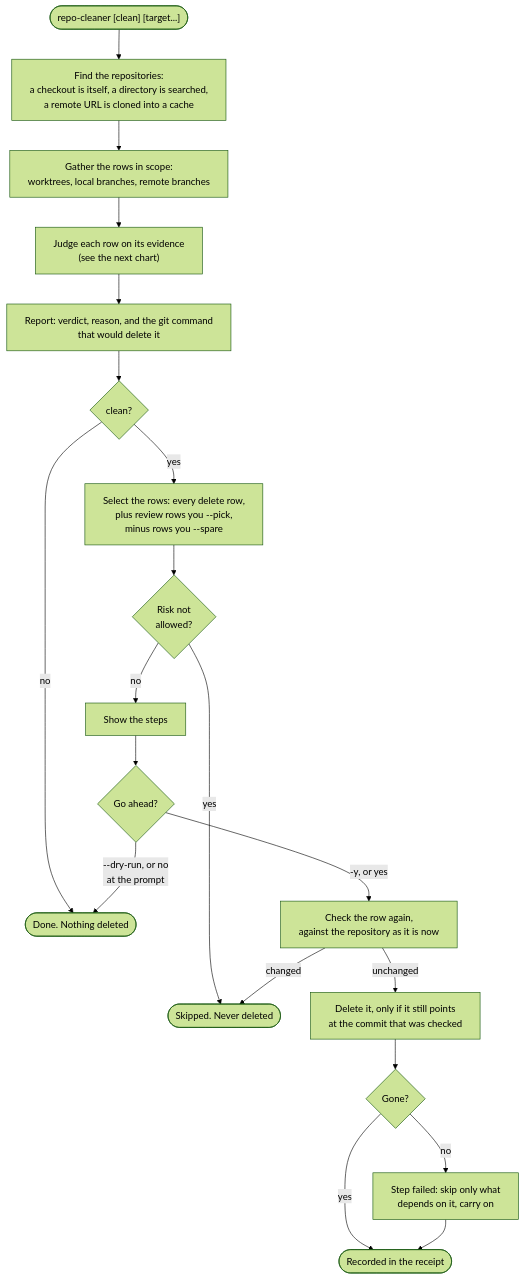
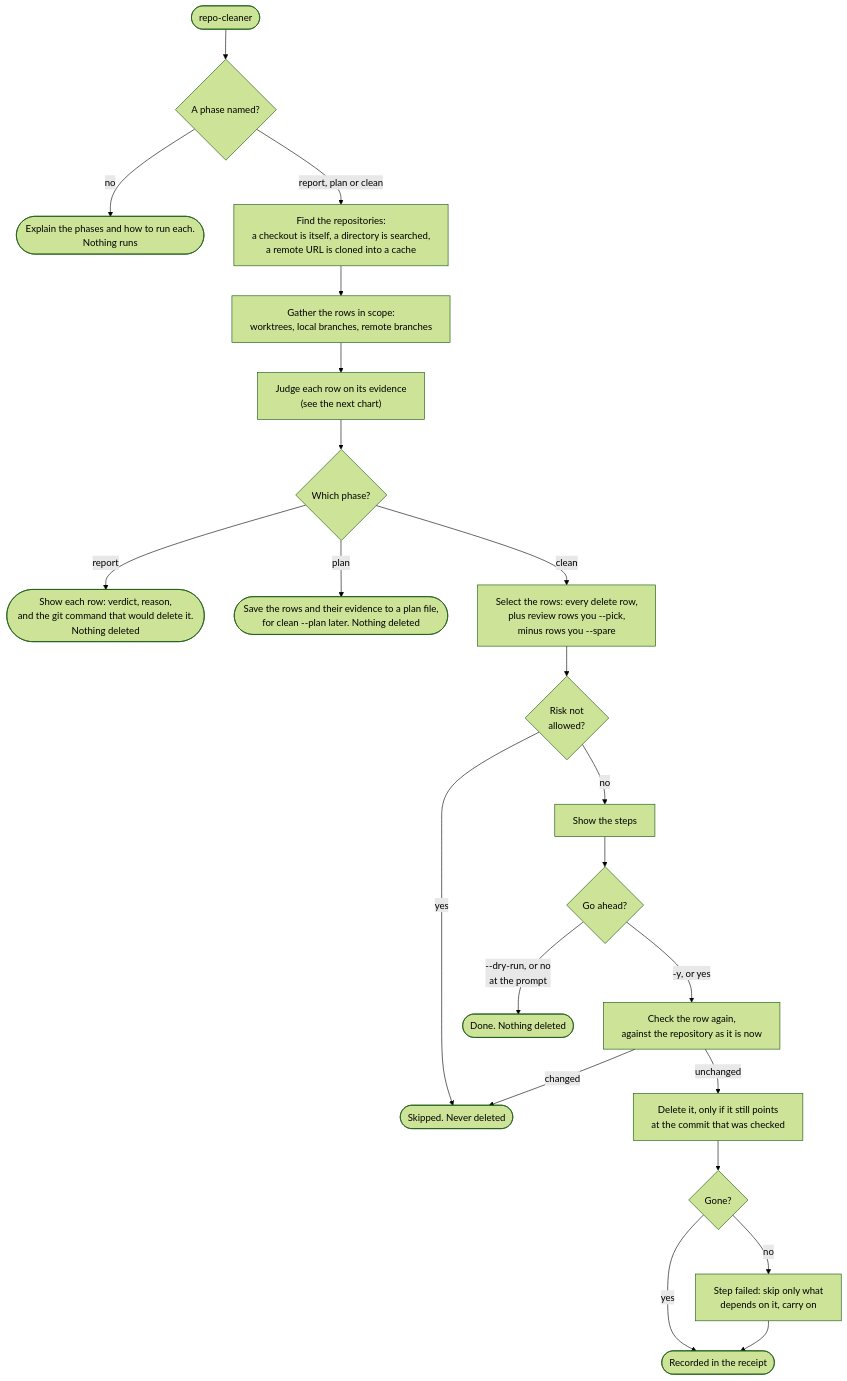
The first of 2 diagrams in packages/ts/repo-cleaner/docs/planning/decisions/D-4CE9-the-cli-by-use-case.md (osdlc/osdlc), drawn with Mermaid (forest theme) before and after one commit. The commit also changed other lines of this file, not shown here.

First line of the commit message:
repo-cleaner planning: D-4CE9 makes every phase explicit

````diff
--- a/packages/ts/repo-cleaner/docs/planning/decisions/D-4CE9-the-cli-by-use-case.md
+++ b/packages/ts/repo-cleaner/docs/planning/decisions/D-4CE9-the-cli-by-use-case.md
@@ -38,23 +49,25 @@
 ```mermaid
 %%{init: {"flowchart": {"wrappingWidth": 420}}}%%
 flowchart TD
-    start(["repo-cleaner [clean] [target...]"]) --> find["Find the repositories:<br/>a checkout is itself, a directory is searched,<br/>a remote URL is cloned into a cache"]
+    start(["repo-cleaner"]) --> named{"A phase named?"}
+    named -->|"no"| intro(["Explain the phases and how to run each.<br/>Nothing runs"])
+    named -->|"report, plan or clean"| find["Find the repositories:<br/>a checkout is itself, a directory is searched,<br/>a remote URL is cloned into a cache"]
     find --> rows["Gather the rows in scope:<br/>worktrees, local branches, remote branches"]
     rows --> judge["Judge each row on its evidence<br/>(see the next chart)"]
-    judge --> report["Report: verdict, reason, and the git command<br/>that would delete it"]
-    report --> isclean{"clean?"}
-    isclean -->|"no"| done(["Done. Nothing deleted"])
-    isclean -->|"yes"| select["Select the rows: every delete row,<br/>plus review rows you --pick,<br/>minus rows you --spare"]
+    judge --> phase{"Which phase?"}
+    phase -->|"report"| report(["Show each row: verdict, reason,<br/>and the git command that would delete it.<br/>Nothing deleted"])
+    phase -->|"plan"| plan(["Save the rows and their evidence to a plan file,<br/>for clean --plan later. Nothing deleted"])
+    phase -->|"clean"| select["Select the rows: every delete row,<br/>plus review rows you --pick,<br/>minus rows you --spare"]
     select --> risk{"Risk not<br/>allowed?"}
     risk -->|"yes"| skip(["Skipped. Never deleted"])
     risk -->|"no"| show["Show the steps"]
     show --> confirm{"Go ahead?"}
-    confirm -->|"--dry-run, or no<br/>at the prompt"| done
+    confirm -->|"--dry-run, or no<br/>at the prompt"| done(["Done. Nothing deleted"])
     confirm -->|"-y, or yes"| recheck["Check the row again,<br/>against the repository as it is now"]
     recheck -->|"changed"| skip
     recheck -->|"unchanged"| act["Delete it, only if it still points<br/>at the commit that was checked"]
     act --> verify{"Gone?"}
     verify -->|"yes"| receipt(["Recorded in the receipt"])
     verify -->|"no"| failed["Step failed: skip only what<br/>depends on it, carry on"]
     failed --> receipt
 ```
````
